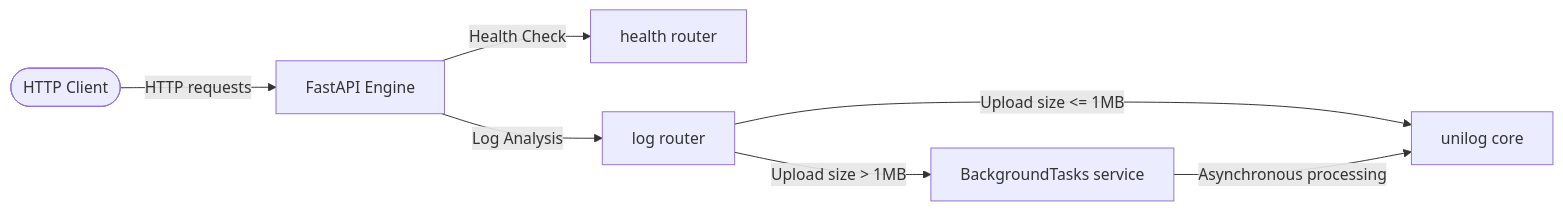
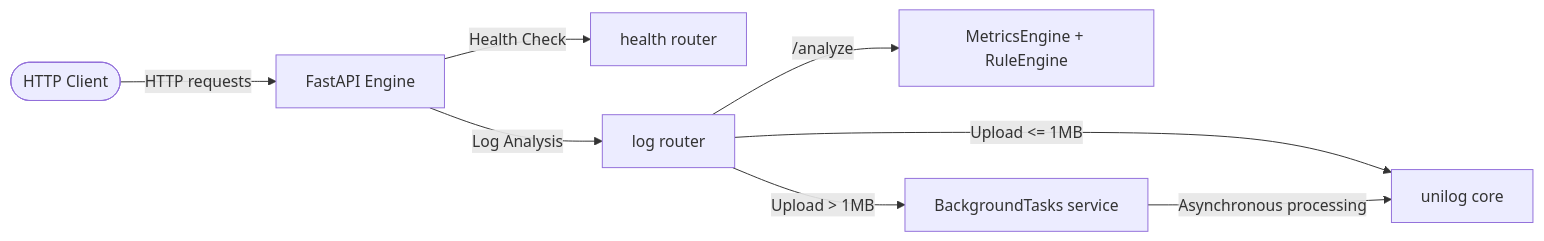
The third of 3 diagrams in README.md (Asterioxer/unilog), drawn with Mermaid before and after one commit. The commit also changed other lines of this file, not shown here.

Commit message:
docs: rewrite README with full analytics pipeline, rule engine, all analyzers, and React dashboard sections

````diff
--- a/README.md
+++ b/README.md
@@ -198,9 +291,10 @@
 ```mermaid
 flowchart LR
     Client([HTTP Client]) --> |HTTP requests| API[FastAPI Engine]
     API --> |Health Check| Health[health router]
     API --> |Log Analysis| Log[log router]
-    Log --> |Upload size > 1MB| BG[BackgroundTasks service]
-    Log --> |Upload size <= 1MB| Core[unilog core]
+    Log --> |/analyze| Pipeline[MetricsEngine + RuleEngine]
+    Log --> |Upload > 1MB| BG[BackgroundTasks service]
+    Log --> |Upload <= 1MB| Core[unilog core]
     BG --> |Asynchronous processing| Core
 ```
````
